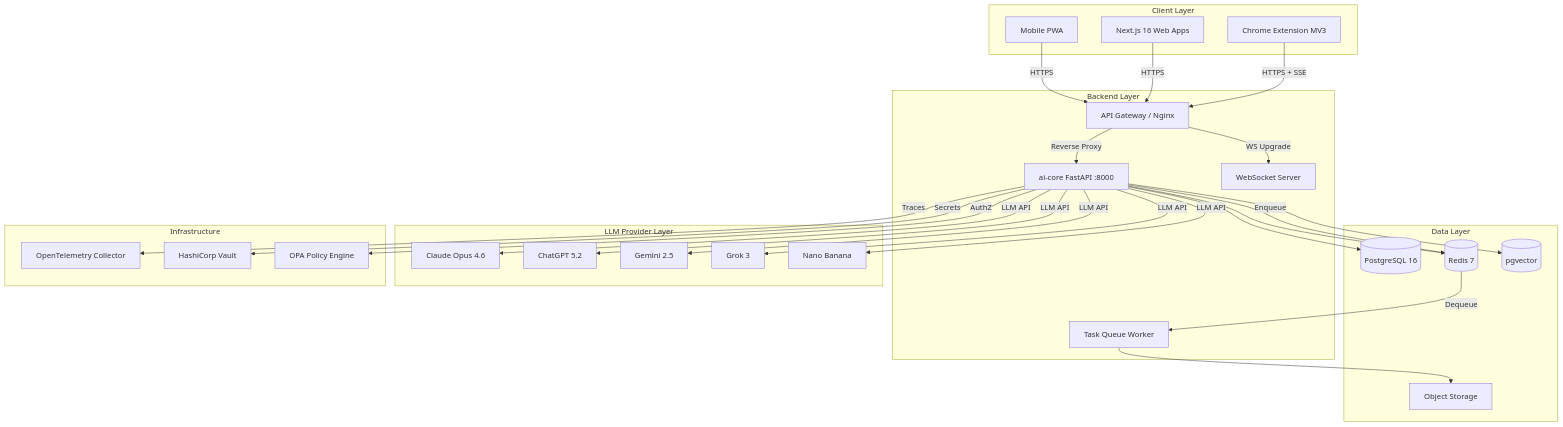
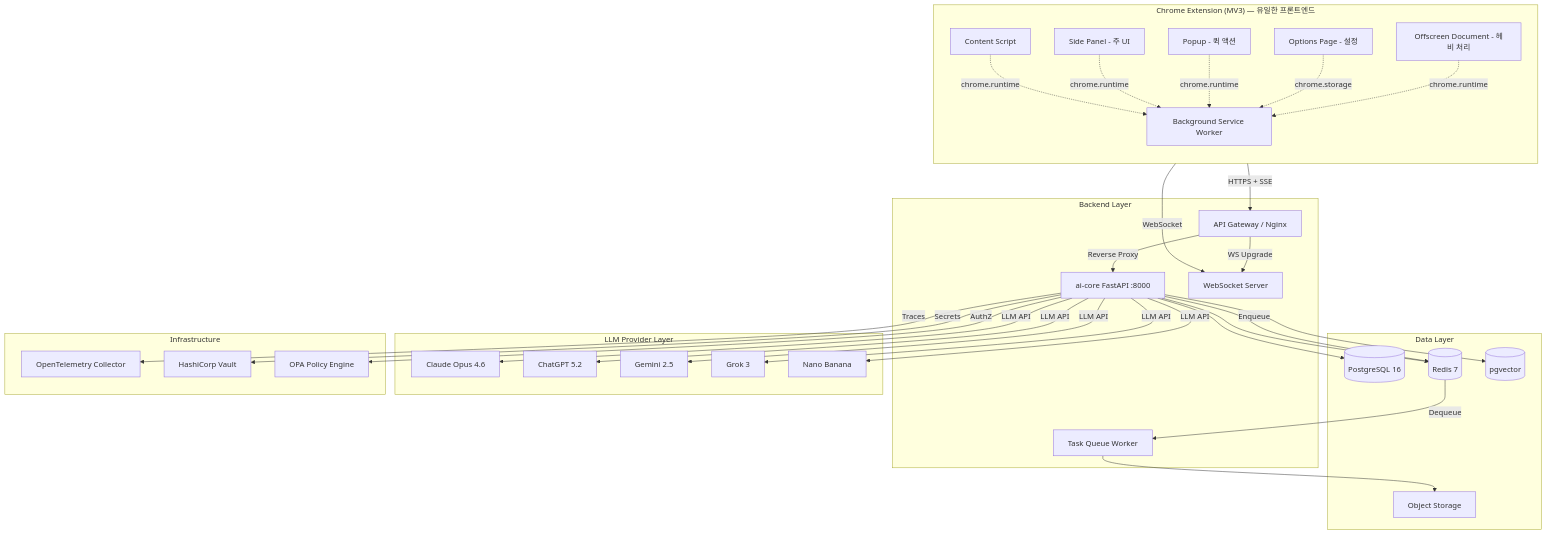
One commit to sgtlim0/sgtlim0.github.io changed the first of 6 diagrams in docs/SERVICE_PLAN_03_ARCHITECTURE.md. Above: the diagram before and after it, drawn with Mermaid. The commit also changed other lines of this file and 3 other files, not shown here.

First line of the commit message:
docs: 서비스 기획서 Chrome Extension 전용으로 업데이트 (Part 0,1,3,4)

````diff
--- a/docs/SERVICE_PLAN_03_ARCHITECTURE.md
+++ b/docs/SERVICE_PLAN_03_ARCHITECTURE.md
@@ -12,60 +13,68 @@
 ```mermaid
 graph TB
-    subgraph Client["Client Layer"]
-        EXT[Chrome Extension MV3]
-        WEB[Next.js 16 Web Apps]
-        MOB[Mobile PWA]
+    subgraph Extension["Chrome Extension (MV3) — 유일한 프론트엔드"]
+        direction TB
+        BG[Background Service Worker]
+        CS[Content Script]
+        SP[Side Panel - 주 UI]
+        PU[Popup - 퀵 액션]
+        OP[Options Page - 설정]
+        OD[Offscreen Document - 헤비 처리]
     end
 
     subgraph Backend["Backend Layer"]
         GW[API Gateway / Nginx]
         AI[ai-core FastAPI :8000]
         WS[WebSocket Server]
         TQ[Task Queue Worker]
     end
 
     subgraph Data["Data Layer"]
         PG[(PostgreSQL 16)]
         RD[(Redis 7)]
         VEC[(pgvector)]
         S3[Object Storage]
     end
 
     subgraph LLM["LLM Provider Layer"]
         CL[Claude Opus 4.6]
         GP[ChatGPT 5.2]
         GM[Gemini 2.5]
         GK[Grok 3]
         NB[Nano Banana]
     end
 
     subgraph Infra["Infrastructure"]
         OT[OpenTelemetry Collector]
         VLT[HashiCorp Vault]
         OPA[OPA Policy Engine]
     end
 
-    EXT -->|HTTPS + SSE| GW
-    WEB -->|HTTPS| GW
-    MOB -->|HTTPS| GW
+    BG -->|HTTPS + SSE| GW
+    SP -->|WebSocket| WS
+    CS -.->|chrome.runtime| BG
+    SP -.->|chrome.runtime| BG
+    PU -.->|chrome.runtime| BG
+    OP -.->|chrome.storage| BG
+    OD -.->|chrome.runtime| BG
 
     GW -->|Reverse Proxy| AI
     GW -->|WS Upgrade| WS
     AI -->|Enqueue| RD
     RD -->|Dequeue| TQ
 
     AI --> PG
     AI --> RD
     AI --> VEC
     TQ --> S3
 
     AI -->|LLM API| CL
     AI -->|LLM API| GP
     AI -->|LLM API| GM
     AI -->|LLM API| GK
     AI -->|LLM API| NB
 
     AI -->|Traces| OT
     AI -->|Secrets| VLT
     AI -->|AuthZ| OPA
 ```
````
